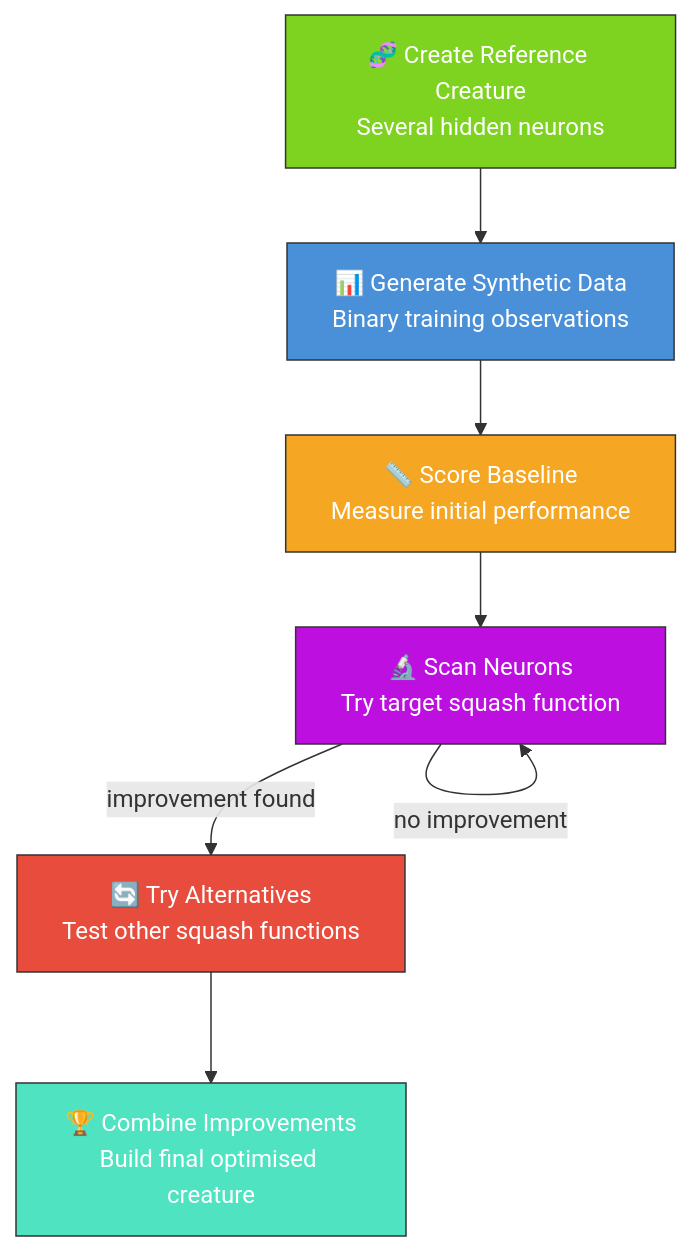
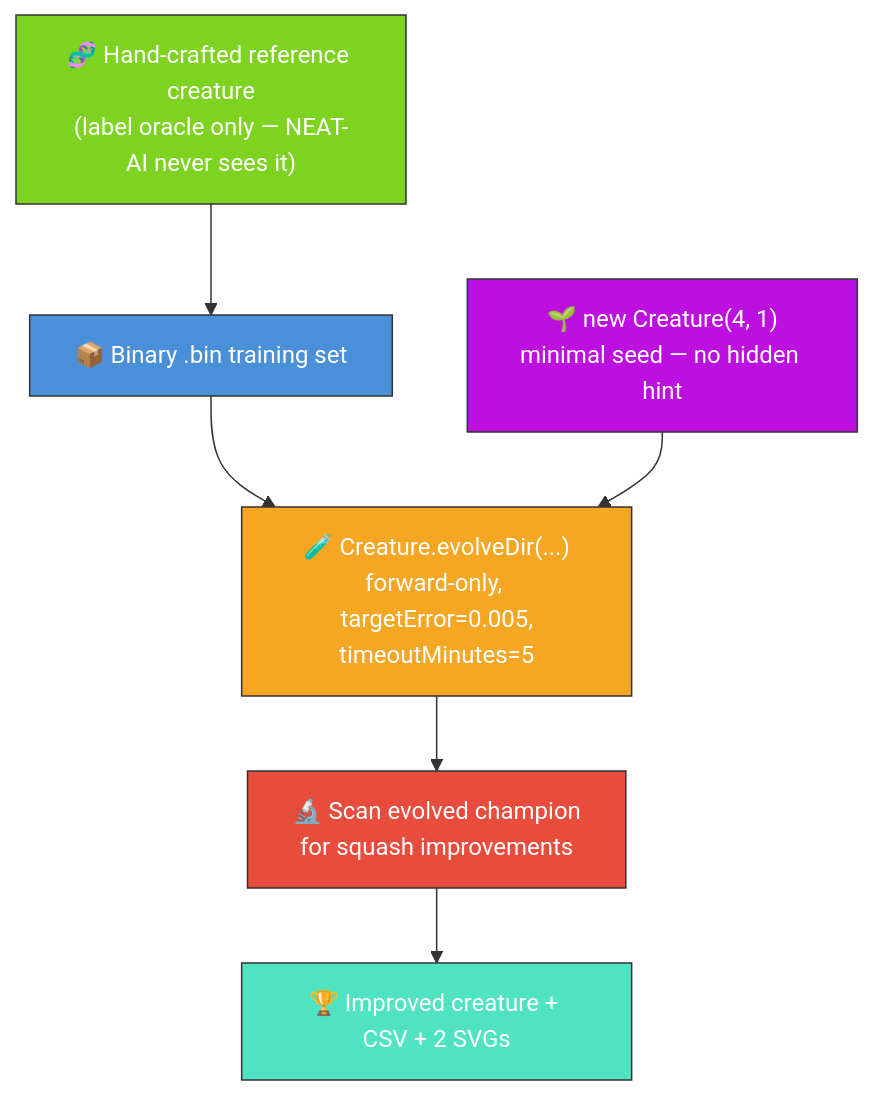
One commit to stSoftwareAU/NEAT-AI-Examples changed the diagram in intelligent_design/README.md. Above: the diagram before and after it, drawn with Mermaid. The commit also changed other lines of this file and 8 other files, not shown here.

First line of the commit message:
intelligent_design: minimal seed + measured telemetry (#214)

````diff
--- a/intelligent_design/README.md
+++ b/intelligent_design/README.md
@@ -10,23 +11,20 @@
 ```mermaid
 flowchart TD
-    CREATE["🧬 Create Reference Creature<br/>Several hidden neurons"]
-    DATA["📊 Generate Synthetic Data<br/>Binary training observations"]
-    SCORE["📏 Score Baseline<br/>Measure initial performance"]
-    SCAN["🔬 Scan Neurons<br/>Try target squash function"]
-    ALT["🔄 Try Alternatives<br/>Test other squash functions"]
-    COMBINE["🏆 Combine Improvements<br/>Build final optimised creature"]
-
-    CREATE --> DATA
-    DATA --> SCORE
-    SCORE --> SCAN
-    SCAN -->|improvement found| ALT
-    SCAN -->|no improvement| SCAN
-    ALT --> COMBINE
-
-    style CREATE fill:#7ed321,stroke:#333,color:#fff
+    REF["🧬 Hand-crafted reference creature<br/>(label oracle only — NEAT-AI never sees it)"]
+    DATA["📦 Binary .bin training set"]
+    SEED["🌱 new Creature(4, 1)<br/>minimal seed — no hidden hint"]
+    EVOLVE["🧪 Creature.evolveDir(...)<br/>forward-only, targetError=0.005,<br/>timeoutMinutes=5"]
+    SCAN["🔬 Scan evolved champion<br/>for squash improvements"]
+    OUT["🏆 Improved creature + CSV + 2 SVGs"]
+    REF --> DATA
+    DATA --> EVOLVE
+    SEED --> EVOLVE
+    EVOLVE --> SCAN
+    SCAN --> OUT
+    style REF fill:#7ed321,stroke:#333,color:#fff
     style DATA fill:#4a90d9,stroke:#333,color:#fff
-    style SCORE fill:#f5a623,stroke:#333,color:#fff
-    style SCAN fill:#bd10e0,stroke:#333,color:#fff
-    style ALT fill:#e74c3c,stroke:#333,color:#fff
-    style COMBINE fill:#50e3c2,stroke:#333,color:#fff
+    style SEED fill:#bd10e0,stroke:#333,color:#fff
+    style EVOLVE fill:#f5a623,stroke:#333,color:#fff
+    style SCAN fill:#e74c3c,stroke:#333,color:#fff
+    style OUT fill:#50e3c2,stroke:#333,color:#fff
 ```
````
